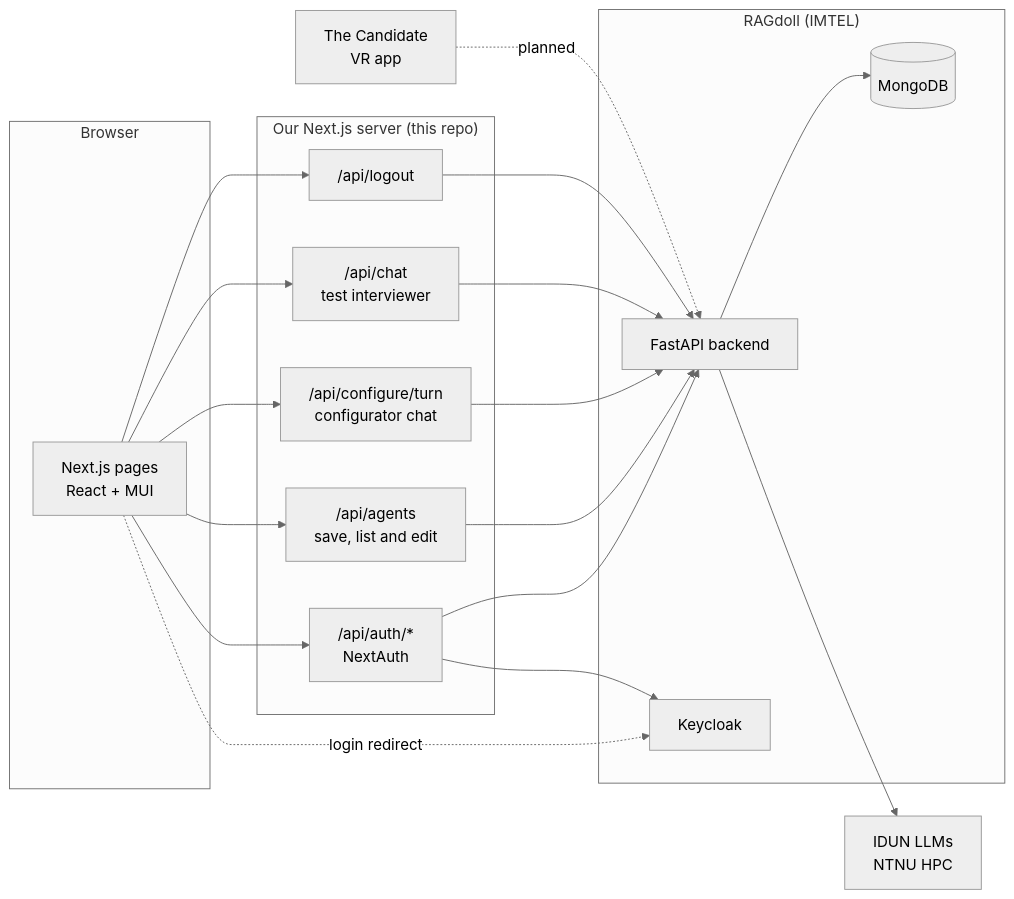
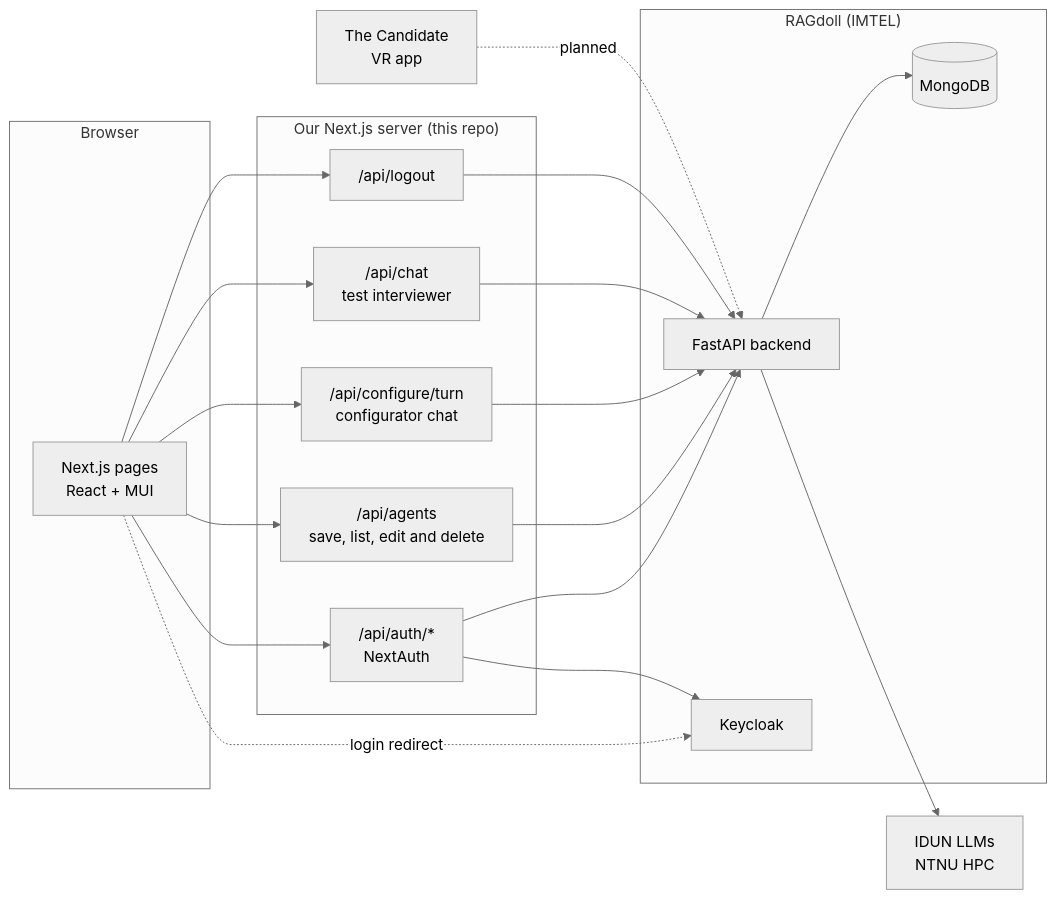
The first of 6 diagrams in docs/architecture.md (IMTEL/team-tdt4290-fall-2026), drawn with Mermaid (neutral theme) before and after one commit. The commit also changed other lines of this file and 8 other files, not shown here.

Commit message:
feat(agents): delete an agent from its details page (#58)

````diff
--- a/docs/architecture.md
+++ b/docs/architecture.md
@@ -28,35 +29,35 @@
 ```mermaid
 flowchart LR
     subgraph Browser
         UI[Next.js pages<br/>React + MUI]
     end
 
     subgraph Frontend["Our Next.js server (this repo)"]
-        Agents["/api/agents<br/>save, list and edit"]
+        Agents["/api/agents<br/>save, list, edit and delete"]
         Turn["/api/configure/turn<br/>configurator chat"]
         Chat["/api/chat<br/>test interviewer"]
         Auth["/api/auth/*<br/>NextAuth"]
         Logout["/api/logout"]
     end
 
     subgraph RAGdoll["RAGdoll (IMTEL)"]
         API[FastAPI backend]
         KC[Keycloak]
         DB[(MongoDB)]
     end
 
     IDUN[IDUN LLMs<br/>NTNU HPC]
     TC[The Candidate<br/>VR app]
 
     UI --> Agents & Turn & Chat & Auth & Logout
     UI -. login redirect .-> KC
     Auth --> KC
     Auth --> API
     Agents --> API
     Turn --> API
     Chat --> API
     Logout --> API
     API --> DB
     API --> IDUN
     TC -. planned .-> API
 ```
````
